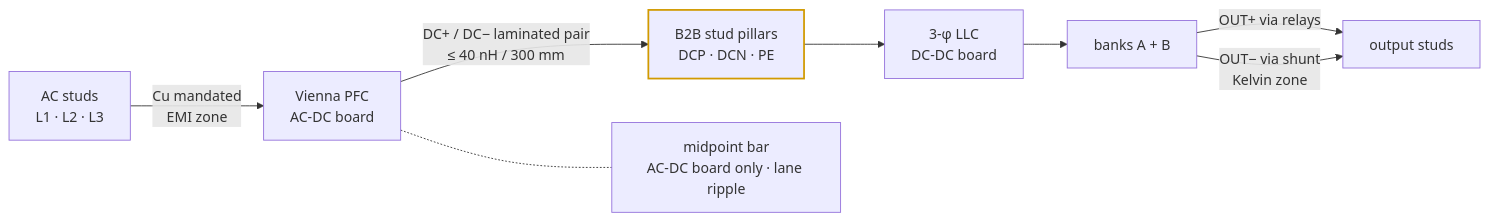
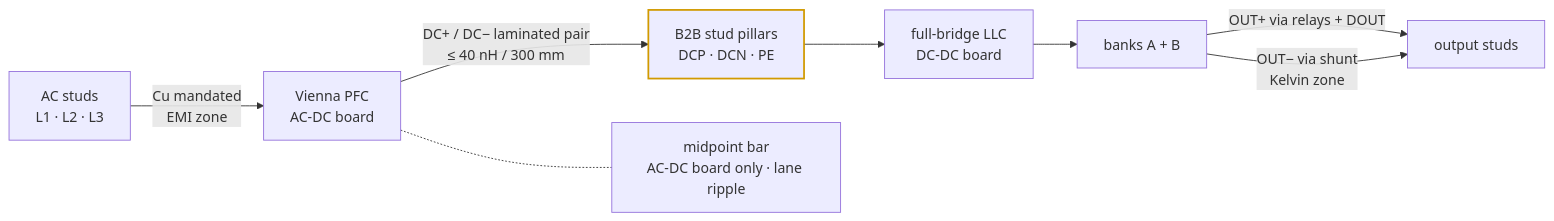
The diagram in docs/busbar-drawings.md (vectivolt/DC-Modules), drawn with Mermaid before and after one commit. The commit also changed other lines of this file and 121 other files, not shown here.

````diff
--- a/docs/busbar-drawings.md
+++ b/docs/busbar-drawings.md
@@ -21,11 +21,11 @@
 ```mermaid
 flowchart LR
   AC["AC studs<br/>L1 · L2 · L3"] -->|"Cu mandated<br/>EMI zone"| PFC["Vienna PFC<br/>AC-DC board"]
   PFC -->|"DC+ / DC− laminated pair<br/>≤ 40 nH / 300 mm"| STUD["B2B stud pillars<br/>DCP · DCN · PE"]
   PFC -.- MID["midpoint bar<br/>AC-DC board only · lane ripple"]
-  STUD --> LLC["3-φ LLC<br/>DC-DC board"]
+  STUD --> LLC["full-bridge LLC<br/>DC-DC board"]
   LLC --> BANKS["banks A + B"]
-  BANKS -->|"OUT+ via relays"| OUT["output studs"]
+  BANKS -->|"OUT+ via relays + DOUT"| OUT["output studs"]
   BANKS -->|"OUT− via shunt<br/>Kelvin zone"| OUT
   style STUD stroke:#d19a00,stroke-width:2px
 ```
````
